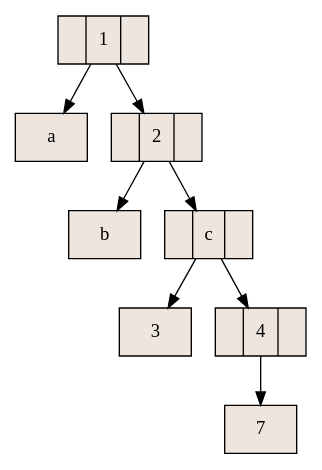
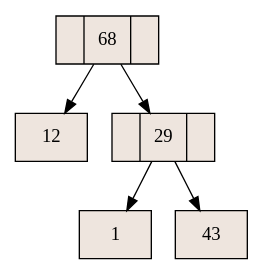
One commit to erickcontreras12/ProyectoFinal_PrograAvanzada2017 changed the diagram in aux_grafico.dot. Above: the diagram before and after it, drawn with Graphviz. The commit also changed 5 other files, not shown here.

```diff
--- a/aux_grafico.dot
+++ b/aux_grafico.dot
@@ -1,19 +1,13 @@
 digraph grafica{
 rankdir=TB;
 node [shape = record, style=filled, fillcolor=seashell2];
-nodo1 [ label ="<C0>|1|<C1>"];
-nodoa [ label ="a"];
-nodo1->nodoa
-nodo2 [ label ="<C0>|2|<C1>"];
-nodob [ label ="b"];
-nodo2->nodob
-nodoc [ label ="<C0>|c|<C1>"];
-nodo3 [ label ="3"];
-nodoc->nodo3
-nodo4 [ label ="<C0>|4|<C1>"];
-nodo7 [ label ="7"];
-nodo4->nodo7
-nodoc->nodo4
-nodo2->nodoc
-nodo1->nodo2
+nodo68 [ label ="<C0>|68|<C1>"];
+nodo12 [ label ="12"];
+nodo68->nodo12
+nodo29 [ label ="<C0>|29|<C1>"];
+nodo1 [ label ="1"];
+nodo29->nodo1
+nodo43 [ label ="43"];
+nodo29->nodo43
+nodo68->nodo29
 }
```
